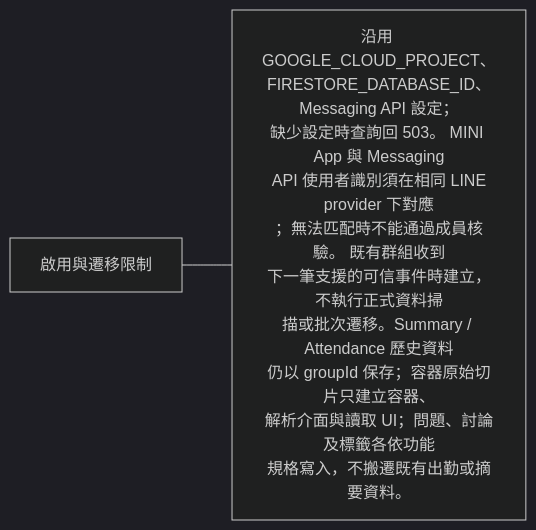
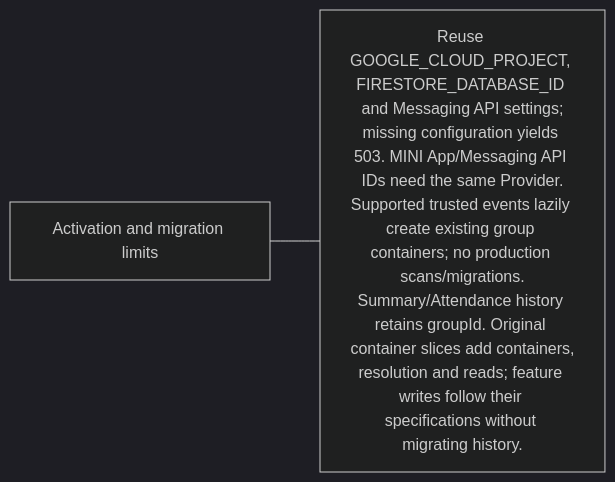
The ninth of 12 diagrams in docs/domains/repository/README.md (963sup/line-mini-app-bot), drawn with Mermaid (dark theme) before and after one commit. The commit also changed other lines of this file and 341 other files, not shown here.

````diff
--- a/docs/domains/repository/README.md
+++ b/docs/domains/repository/README.md
@@ -169,5 +175,5 @@
 ```mermaid
 flowchart LR
-  h["啟用與遷移限制"]
-  h --- n0["沿用 GOOGLE_CLOUD_PROJECT、<br/>FIRESTORE_DATABASE_ID、Messaging API 設定；<br/>缺少設定時查詢回 503。 MINI App 與 Messaging<br/> API 使用者識別須在相同 LINE provider 下對應<br/>；無法匹配時不能通過成員核驗。 既有群組收到<br/>下一筆支援的可信事件時建立，不執行正式資料掃<br/>描或批次遷移。Summary / Attendance 歷史資料<br/>仍以 groupId 保存；容器原始切片只建立容器、<br/>解析介面與讀取 UI；問題、討論及標籤各依功能<br/>規格寫入，不搬遷既有出勤或摘要資料。"]
+  h["Activation and migration limits"]
+  h --- n0["Reuse GOOGLE_CLOUD_PROJECT, FIRESTORE_DATABASE_ID and Messaging API settings;<br/>missing configuration yields 503. MINI App/Messaging API IDs need the same Provider.<br/>Supported trusted events lazily create existing group containers; no production scans/migrations.<br/>Summary/Attendance history retains groupId. Original container slices add containers,<br/>resolution and reads; feature writes follow their specifications without migrating history."]
 ```
````
